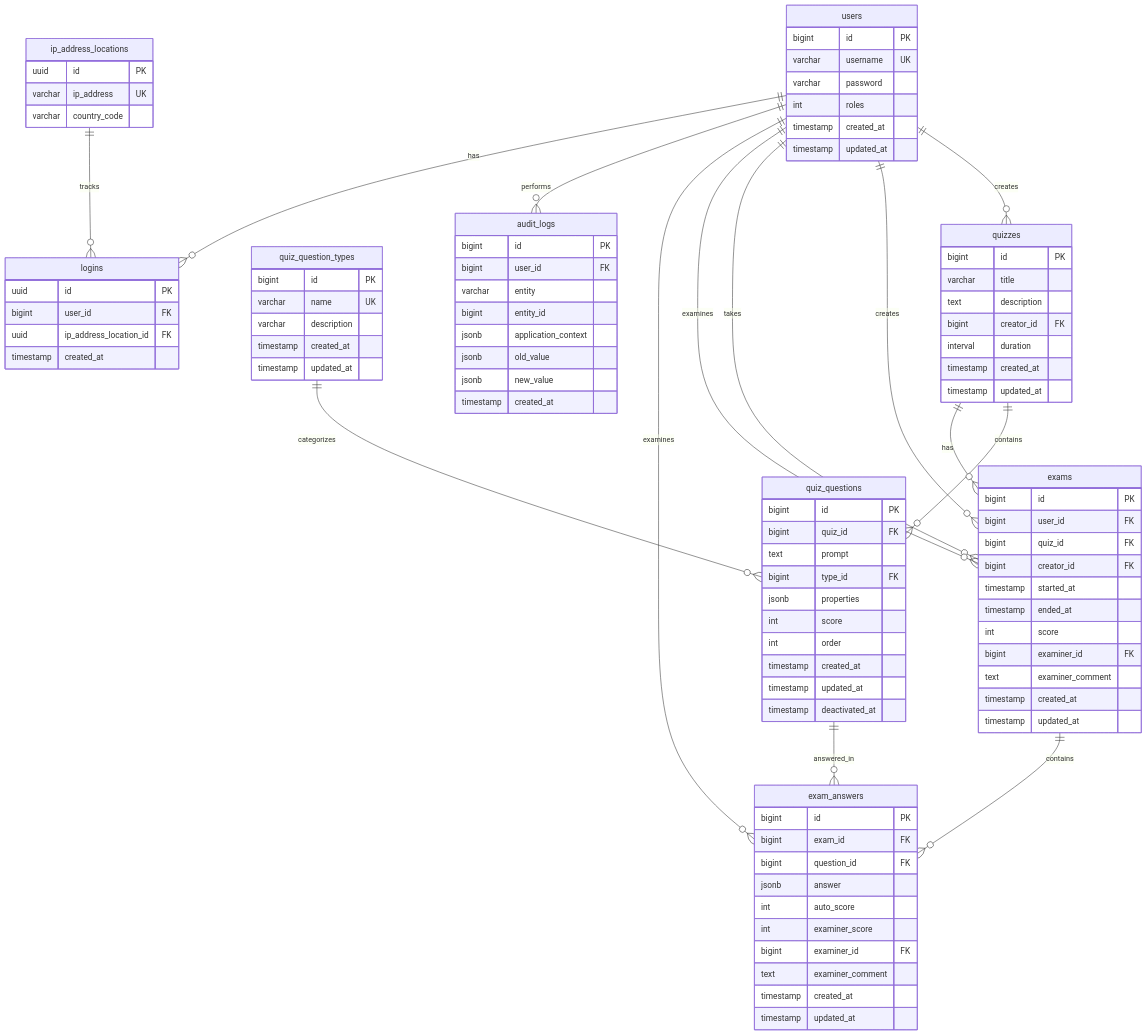
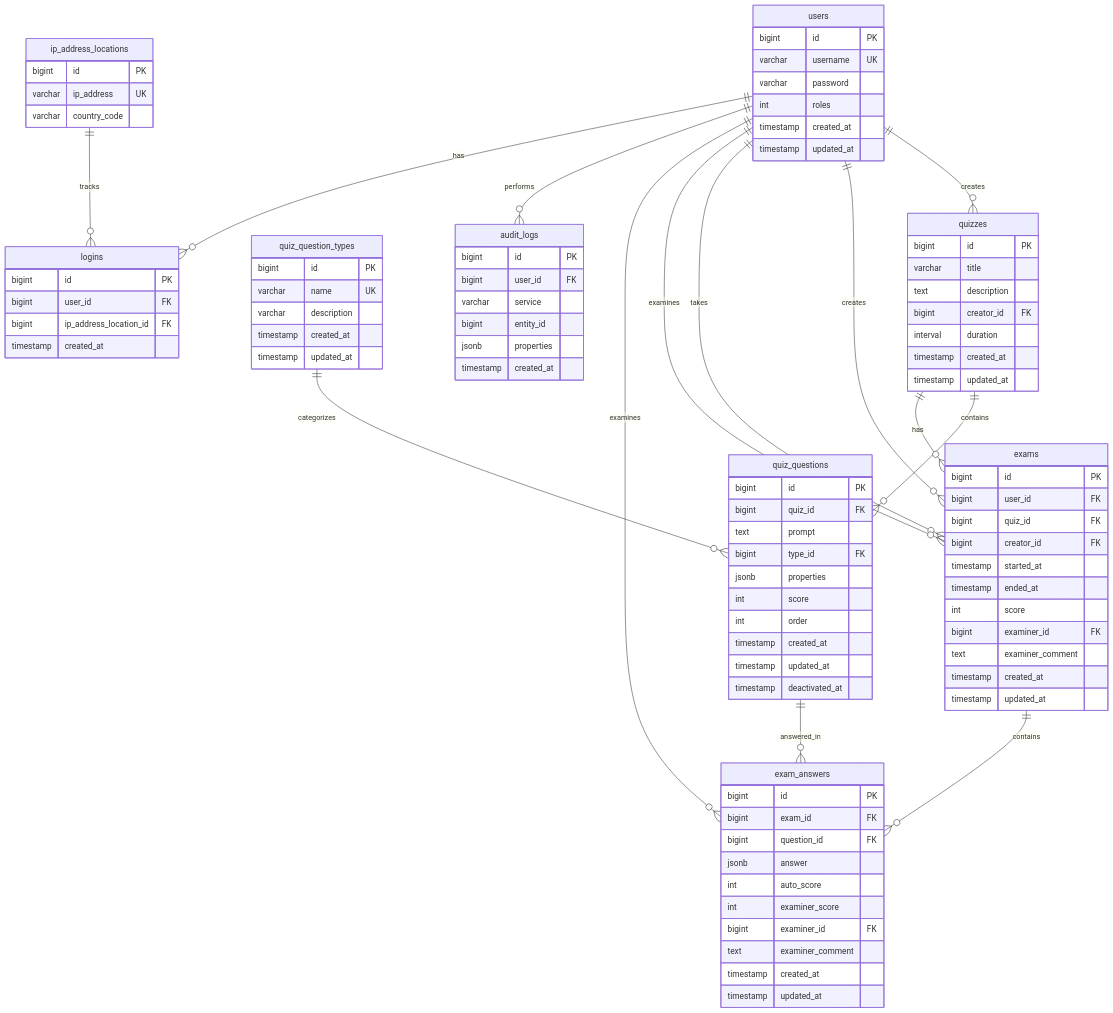
The diagram in Chik.Exams/src/Data/ERD.md (mykeels/chik), drawn with Mermaid before and after one commit. The commit also changed other lines of this file, not shown here.

Commit message:
Update ERD documentation to reflect changes in audit log and login models. Rename 'entity' to 'service' in audit logs and adjust data types for IP address and login IDs from UUID to bigint for consistency. Update relationships in the ERD to align with recent model refactors.

```diff
--- a/Chik.Exams/src/Data/ERD.md
+++ b/Chik.Exams/src/Data/ERD.md
@@ -72,24 +72,22 @@
     audit_logs {
         bigint id PK
         bigint user_id FK
-        varchar entity
+        varchar service
         bigint entity_id
-        jsonb application_context
-        jsonb old_value
-        jsonb new_value
+        jsonb properties
         timestamp created_at
     }
 
     ip_address_locations {
-        uuid id PK
+        bigint id PK
         varchar ip_address UK
         varchar country_code
     }
 
     logins {
-        uuid id PK
+        bigint id PK
         bigint user_id FK
-        uuid ip_address_location_id FK
+        bigint ip_address_location_id FK
         timestamp created_at
     }
 
```
